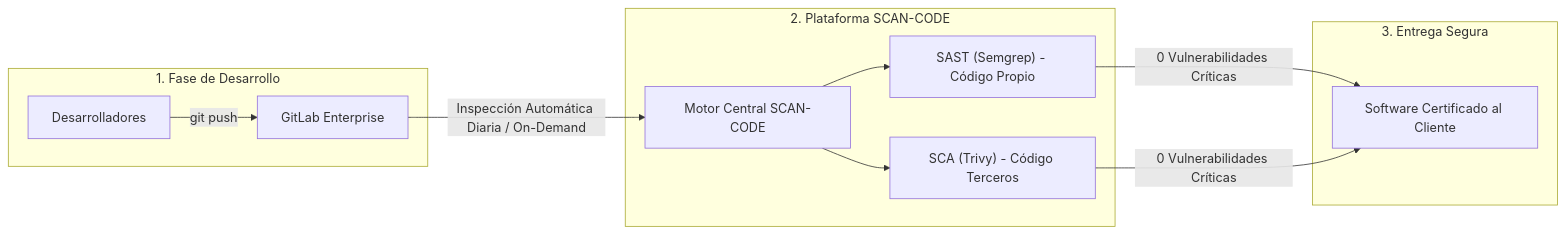
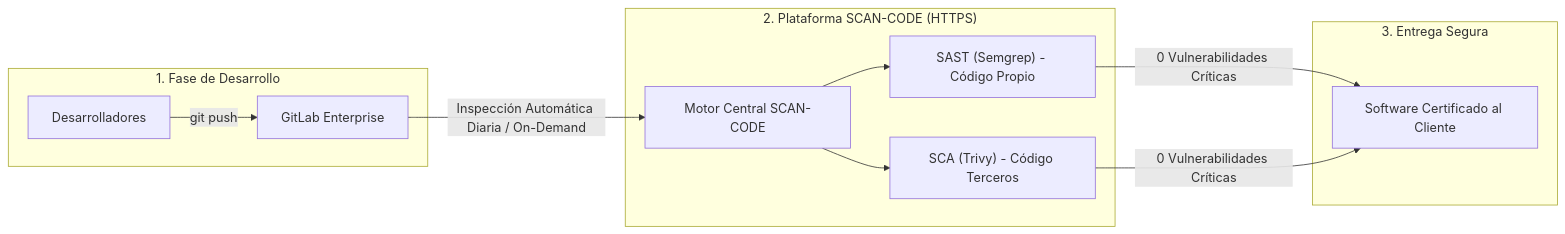
One commit to cplazaibarra/analisis-codigo changed the first of 2 diagrams in DESCRIPCION_DEL_SISTEMA_Y_SEGURIDAD.md. Above: the diagram before and after it, drawn with Mermaid. The commit also changed other lines of this file and 1 other file, not shown here.

Commit message:
docs: Actualización de Manual de Operación y Documento Estratégico (HTTPS, Vista Unificada de Proyecto y Contadores)

````diff
--- a/DESCRIPCION_DEL_SISTEMA_Y_SEGURIDAD.md
+++ b/DESCRIPCION_DEL_SISTEMA_Y_SEGURIDAD.md
@@ -19,21 +19,21 @@
 ```mermaid
 flowchart LR
     subgraph Desarrollo ["1. Fase de Desarrollo"]
         DEV["Desarrolladores"] -->|git push| GL["GitLab Enterprise"]
     end
 
-    subgraph Plataforma ["2. Plataforma SCAN-CODE"]
+    subgraph Plataforma ["2. Plataforma SCAN-CODE (HTTPS)"]
         SC["Motor Central SCAN-CODE"]
         SAST["SAST (Semgrep) - Código Propio"]
         SCA["SCA (Trivy) - Código Terceros"]
         SC --> SAST
         SC --> SCA
     end
 
     subgraph Entrega ["3. Entrega Segura"]
         CLIENTE["Software Certificado al Cliente"]
     end
 
     GL -->|Inspección Automática Diaria / On-Demand| SC
     SAST & SCA -->|0 Vulnerabilidades Críticas| CLIENTE
 ```
````
